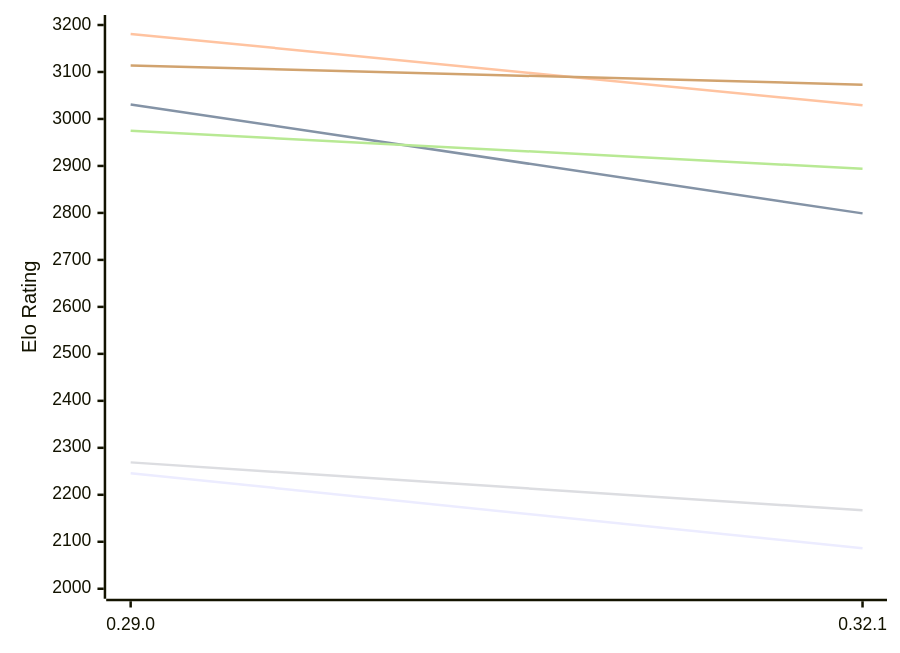
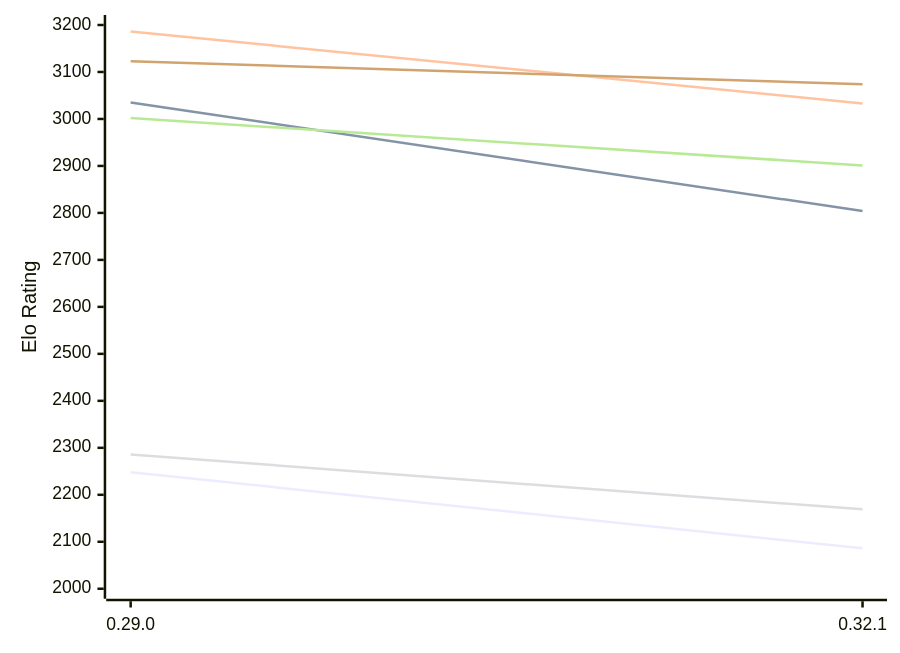
Before and after one commit to computer-chess-index/cci: the first of 2 diagrams in engines/Lc0.md, drawn with Mermaid. The commit also changed other lines of this file, not shown here.

Commit message:
Update CCI Ratings (ELO VLTC) - 2026-11-20

````diff
--- a/engines/Lc0.md
+++ b/engines/Lc0.md
@@ -50,12 +50,12 @@
 ```mermaid
 %%{init: {"theme":"base","themeVariables":{"seriesColors:['#a3a3a3','#222221','#faa371']}}}%%
 xychart-beta
   x-axis ["0.29.0", "0.32.1"]
   y-axis "Elo Rating" 2000 --> 3200
-  line "E1: STC (8.0+0.08s)" [2246, 2086]
-  line "E1: LTC (60.0+0.60s)" [3031, 2799]
-  line "E1: VLTC (2m24s+1.12s)" [3181, 3029]
-  line "P1: STC (8.0+0.08s)" [2269, 2167]
-  line "P1: LTC (60.0+0.60s)" [2975, 2894]
-  line "P1: VLTC (2m24s+1.12s)" [3114, 3073]
+  line "E1: STC (8.0+0.08s)" [2248, 2086]
+  line "E1: LTC (60.0+0.60s)" [3035, 2804]
+  line "E1: VLTC (2m24s+1.12s)" [3186, 3033]
+  line "P1: STC (8.0+0.08s)" [2286, 2169]
+  line "P1: LTC (60.0+0.60s)" [3002, 2901]
+  line "P1: VLTC (2m24s+1.12s)" [3123, 3074]
 ```
````
